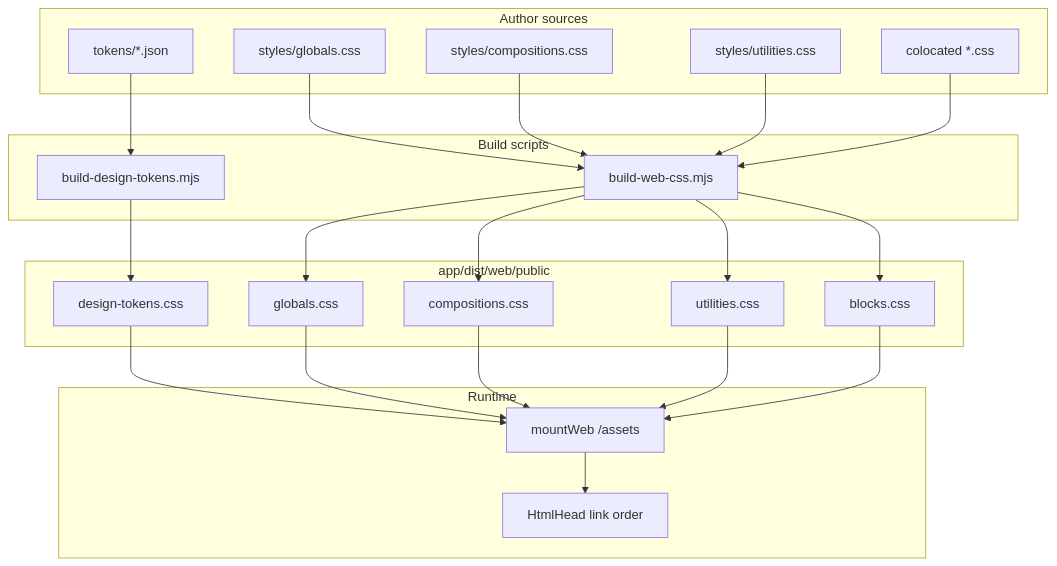
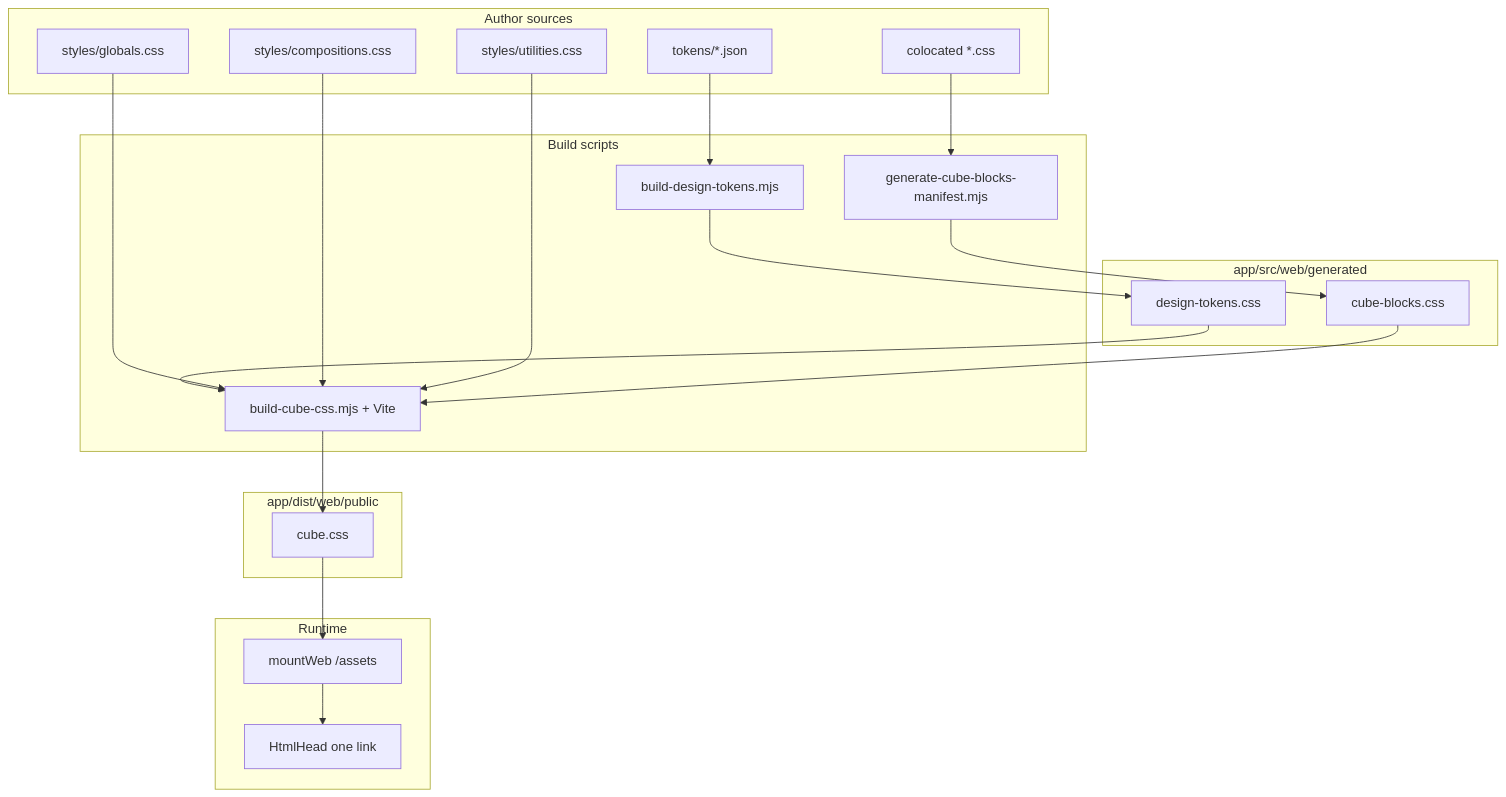
One commit to Off-Nominal/ndb2 changed the diagram in .cursor/skills/css-build/SKILL.md. Above: the diagram before and after it, drawn with Mermaid. The commit also changed other lines of this file and 59 other files, not shown here.

````diff
--- a/.cursor/skills/css-build/SKILL.md
+++ b/.cursor/skills/css-build/SKILL.md
@@ -14,36 +14,36 @@
 ```mermaid
 flowchart TB
   subgraph sources [Author sources]
     TJ[tokens/*.json]
     SG[styles/globals.css]
     SC[styles/compositions.css]
     SU[styles/utilities.css]
     BC[colocated *.css]
   end
+  subgraph generated [app/src/web/generated]
+    TD[design-tokens.css]
+    CB[cube-blocks.css]
+  end
   subgraph scripts [Build scripts]
     BT[build-design-tokens.mjs]
-    BW[build-web-css.mjs]
+    GM[generate-cube-blocks-manifest.mjs]
+    VC[build-cube-css.mjs + Vite]
   end
   subgraph distPublic [app/dist/web/public]
-    PT[design-tokens.css]
-    PG[globals.css]
-    PC[compositions.css]
-    PU[utilities.css]
-    PB[blocks.css]
+    CU[cube.css]
   end
-  TJ --> BT --> PT
-  SG --> BW --> PG
-  SC --> BW --> PC
-  SU --> BW --> PU
-  BC --> BW --> PB
+  TJ --> BT --> TD
+  BC --> GM --> CB
+  TD --> VC
+  SG --> VC
+  SC --> VC
+  SU --> VC
+  CB --> VC
+  VC --> CU
   subgraph runtime [Runtime]
     MW[mountWeb /assets]
-    HH[HtmlHead link order]
+    HH[HtmlHead one link]
   end
-  PT --> MW
-  PG --> MW
-  PC --> MW
-  PU --> MW
-  PB --> MW
+  CU --> MW
   MW --> HH
 ```
````
